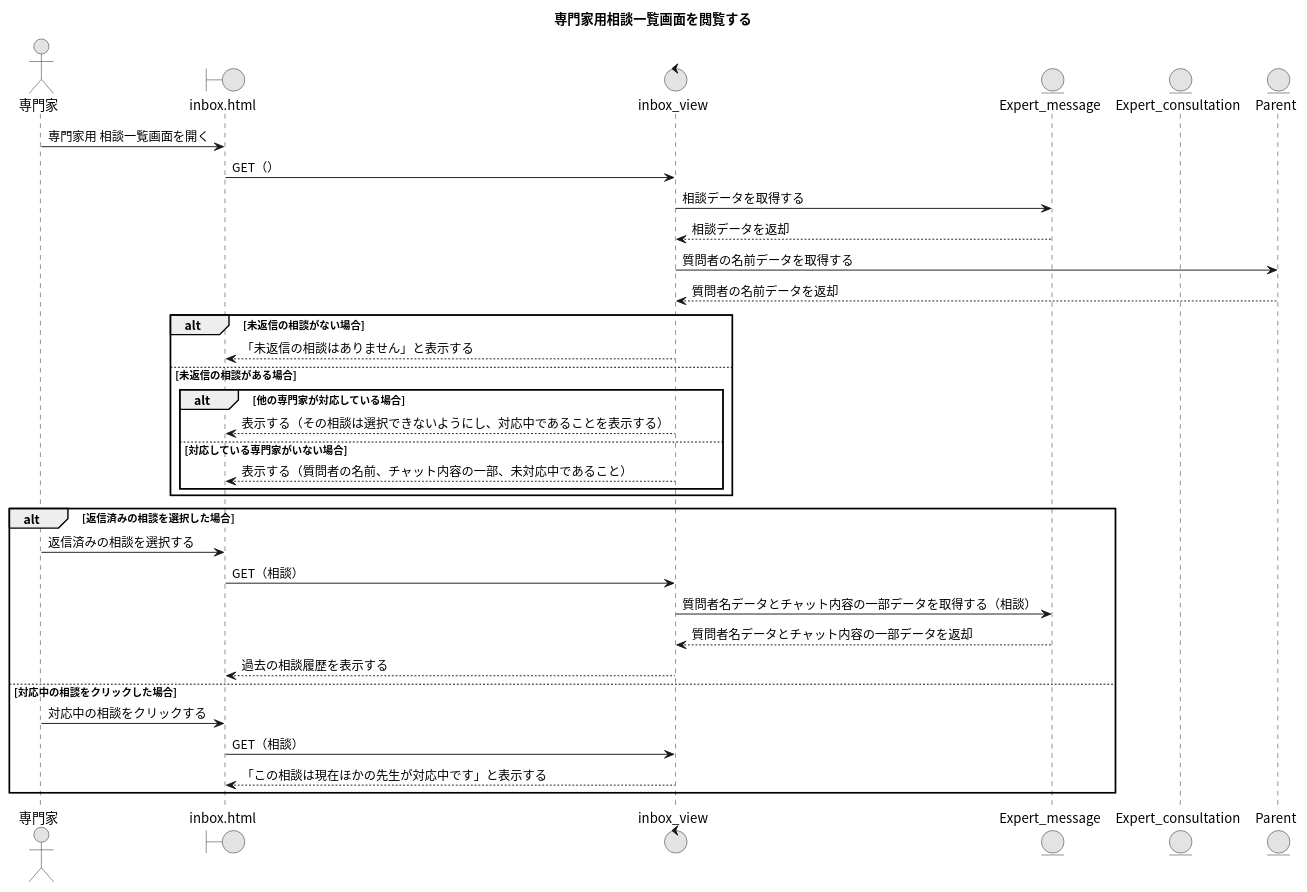
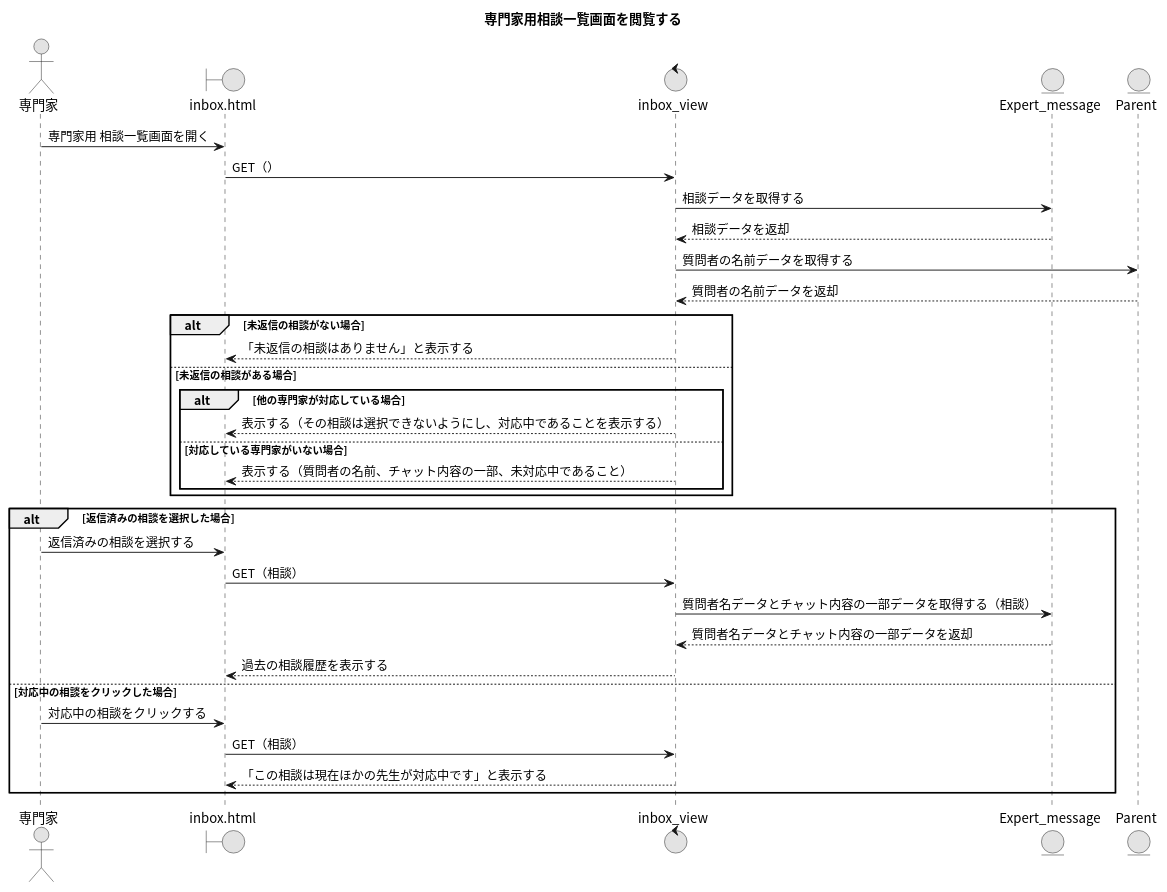
Before and after one commit to Ma2naga190330/26_sotugyou_puml: the diagram in 11_専門家用相談一覧画面を閲覧する.puml, drawn with PlantUML.

Commit message:
fix : 専門家用相談一覧画面を修正

```diff
--- a/11_専門家用相談一覧画面を閲覧する.puml
+++ b/11_専門家用相談一覧画面を閲覧する.puml
@@ -1,41 +1,41 @@
 @startuml
 title 専門家用相談一覧画面を閲覧する
 skinparam defaultFontName "Noto Sans CJK JP"
 skinparam monochrome true
 
 actor "専門家" as A
 boundary "inbox.html" as IBP
 control "inbox_view" as IBV
 entity "Expert_message" as EMEM
-entity "Expert_consultation" as ECSM
+' entity "Expert_consultation" as ECSM
 entity "Parent" as UM
 
 ' 最初の画面表示（起点の操作は記述にない）
 A -> IBP : 専門家用 相談一覧画面を開く
 IBP -> IBV : GET（）
 IBV -> EMEM : 相談データを取得する
 IBV <-- EMEM : 相談データを返却
 IBV -> UM : 質問者の名前データを取得する
 IBV <-- UM : 質問者の名前データを返却
 alt 未返信の相談がない場合
   IBV --> IBP : 「未返信の相談はありません」と表示する
 else 未返信の相談がある場合
   alt 他の専門家が対応している場合
     IBV --> IBP : 表示する（その相談は選択できないようにし、対応中であることを表示する）
   else 対応している専門家がいない場合
     IBV --> IBP : 表示する（質問者の名前、チャット内容の一部、未対応中であること）
   end
 end
 
 alt 返信済みの相談を選択した場合
   A -> IBP : 返信済みの相談を選択する
   IBP -> IBV : GET（相談）
   IBV -> EMEM : 質問者名データとチャット内容の一部データを取得する（相談）
   IBV <-- EMEM : 質問者名データとチャット内容の一部データを返却
   IBV --> IBP : 過去の相談履歴を表示する
 else 対応中の相談をクリックした場合
   A -> IBP : 対応中の相談をクリックする
   IBP -> IBV : GET（相談）
   IBV --> IBP : 「この相談は現在ほかの先生が対応中です」と表示する
 end
 @enduml
```
